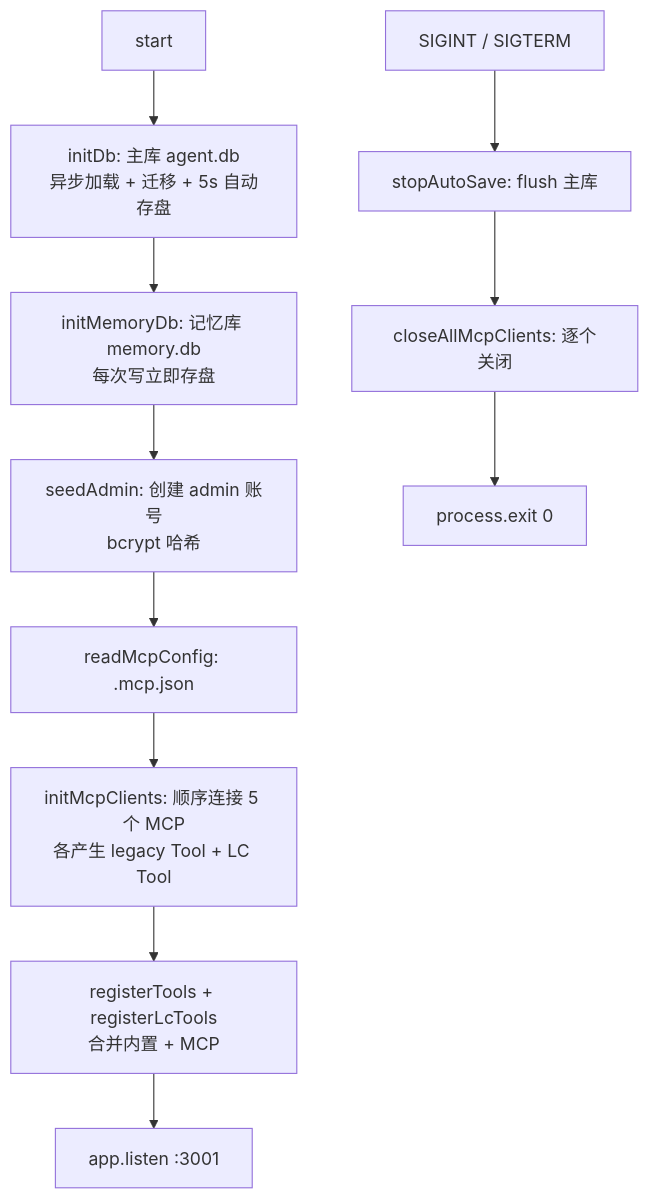
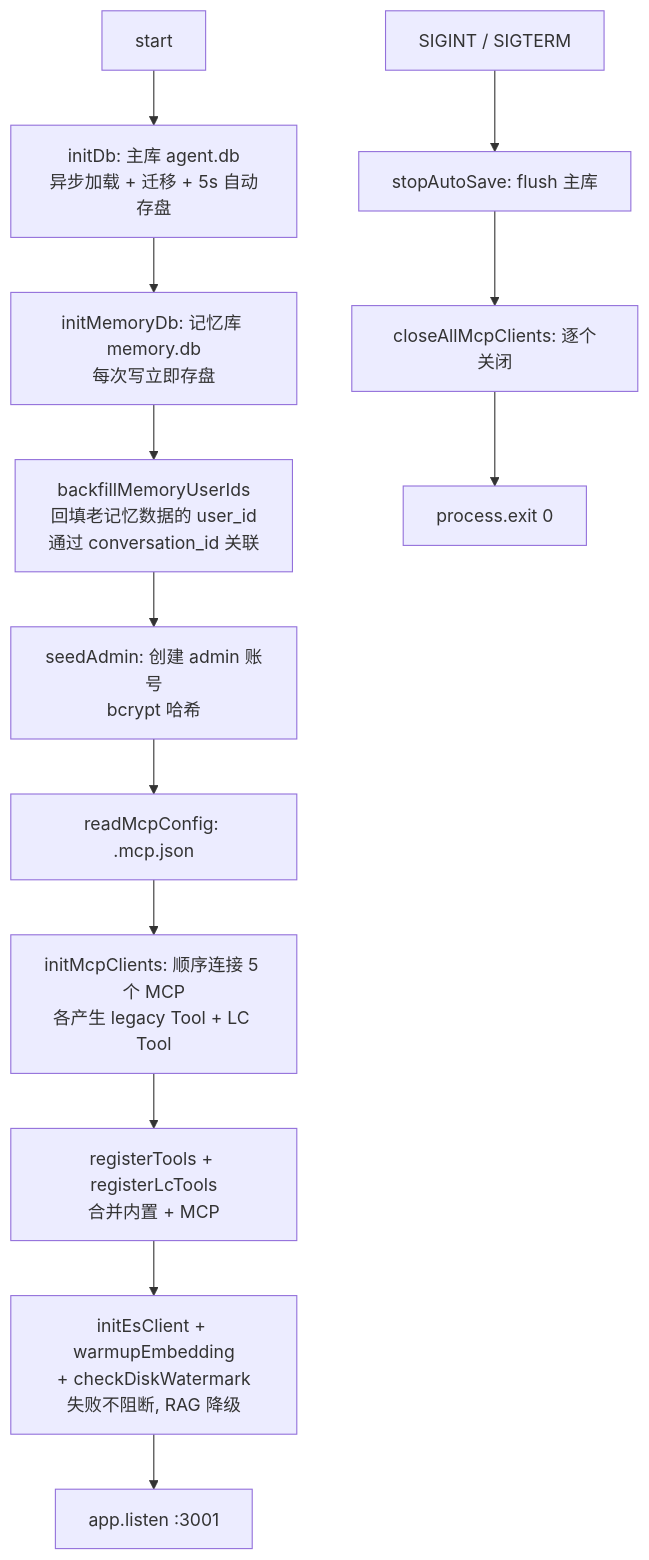
One commit to xiongaming879-create/agent changed the seventh of 8 diagrams in README.md. Above: the diagram before and after it, drawn with Mermaid. The commit also changed other lines of this file, not shown here.

Commit message:
feat: README.md更新（ES+embedding+知识搜索工具+文档上传）

````diff
--- a/README.md
+++ b/README.md
@@ -571,14 +575,16 @@
 ```mermaid
 flowchart TD
     A[start] --> B[initDb: 主库 agent.db<br/>异步加载 + 迁移 + 5s 自动存盘]
     B --> C[initMemoryDb: 记忆库 memory.db<br/>每次写立即存盘]
-    C --> D[seedAdmin: 创建 admin 账号<br/>bcrypt 哈希]
+    C --> C2[backfillMemoryUserIds<br/>回填老记忆数据的 user_id<br/>通过 conversation_id 关联]
+    C2 --> D[seedAdmin: 创建 admin 账号<br/>bcrypt 哈希]
     D --> E[readMcpConfig: .mcp.json]
     E --> F[initMcpClients: 顺序连接 5 个 MCP<br/>各产生 legacy Tool + LC Tool]
     F --> G[registerTools + registerLcTools<br/>合并内置 + MCP]
-    G --> H[app.listen :3001]
+    G --> G2[initEsClient + warmupEmbedding<br/>+ checkDiskWatermark<br/>失败不阻断, RAG 降级]
+    G2 --> H[app.listen :3001]
 
     I[SIGINT / SIGTERM] --> J[stopAutoSave: flush 主库]
     J --> K[closeAllMcpClients: 逐个关闭]
     K --> L[process.exit 0]
 ```
````
